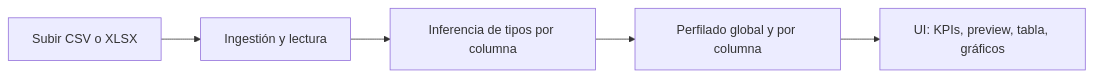
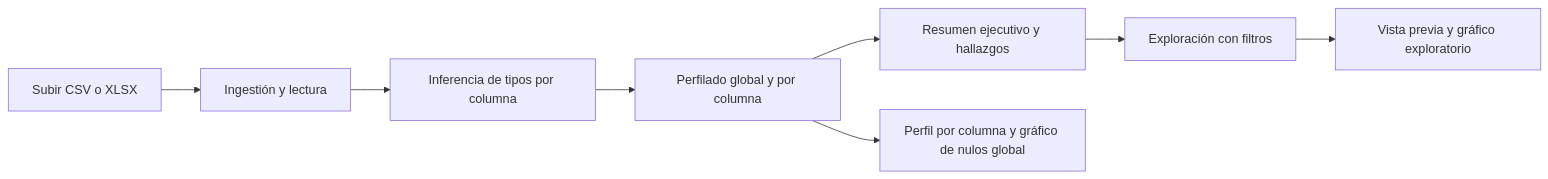
Before and after one commit to Agus-Delgado/Paradigm-: the diagram in README.md, drawn with Mermaid. The commit also changed other lines of this file and 7 other files, not shown here.

````diff
--- a/README.md
+++ b/README.md
@@ -118,7 +123,10 @@
 ```mermaid
 flowchart LR
   A[Subir CSV o XLSX] --> B[Ingestión y lectura]
   B --> C[Inferencia de tipos por columna]
   C --> D[Perfilado global y por columna]
-  D --> E[UI: KPIs, preview, tabla, gráficos]
+  D --> E[Resumen ejecutivo y hallazgos]
+  E --> F[Exploración con filtros]
+  F --> G[Vista previa y gráfico exploratorio]
+  D --> H[Perfil por columna y gráfico de nulos global]
 ```
````
